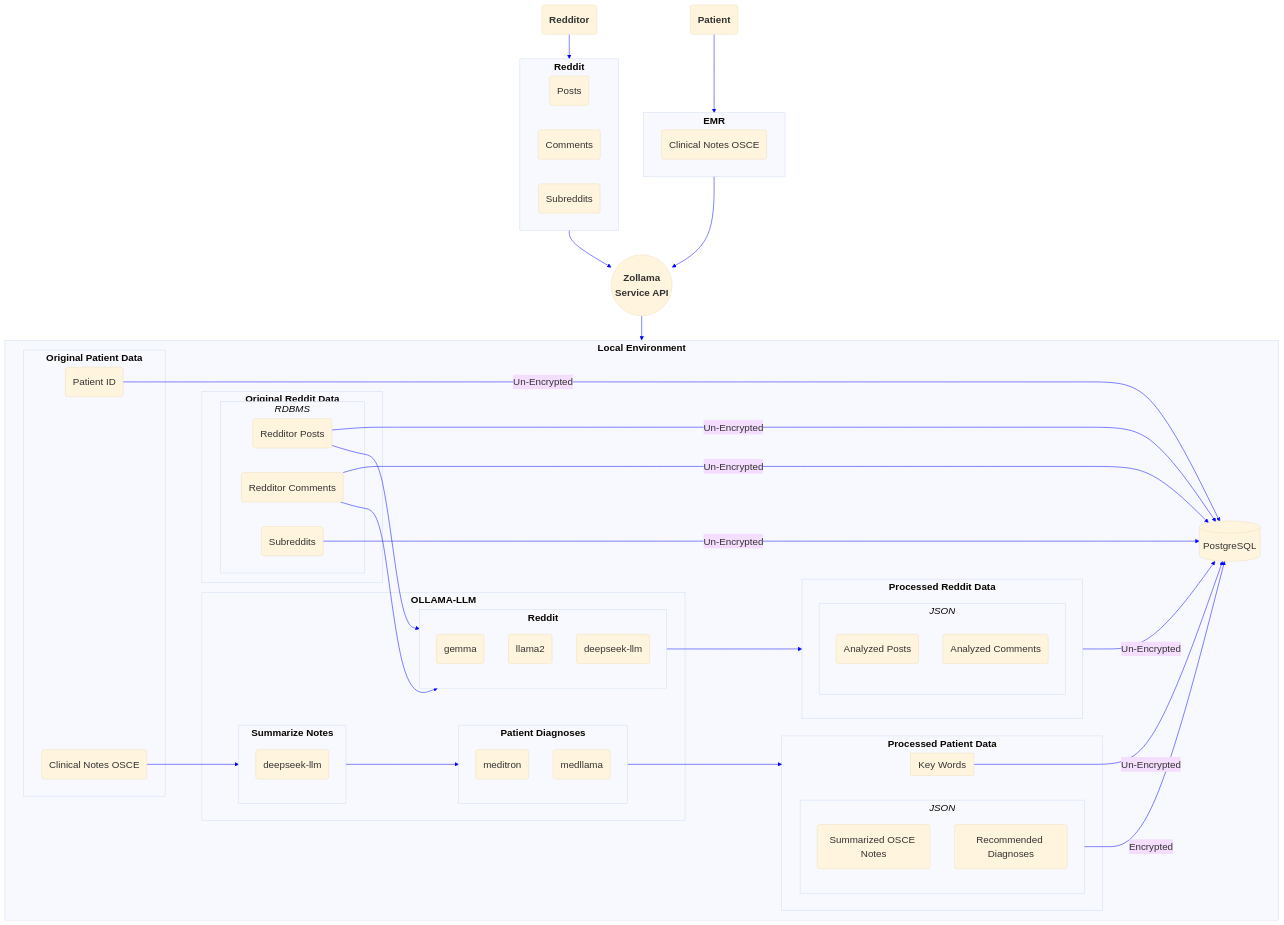
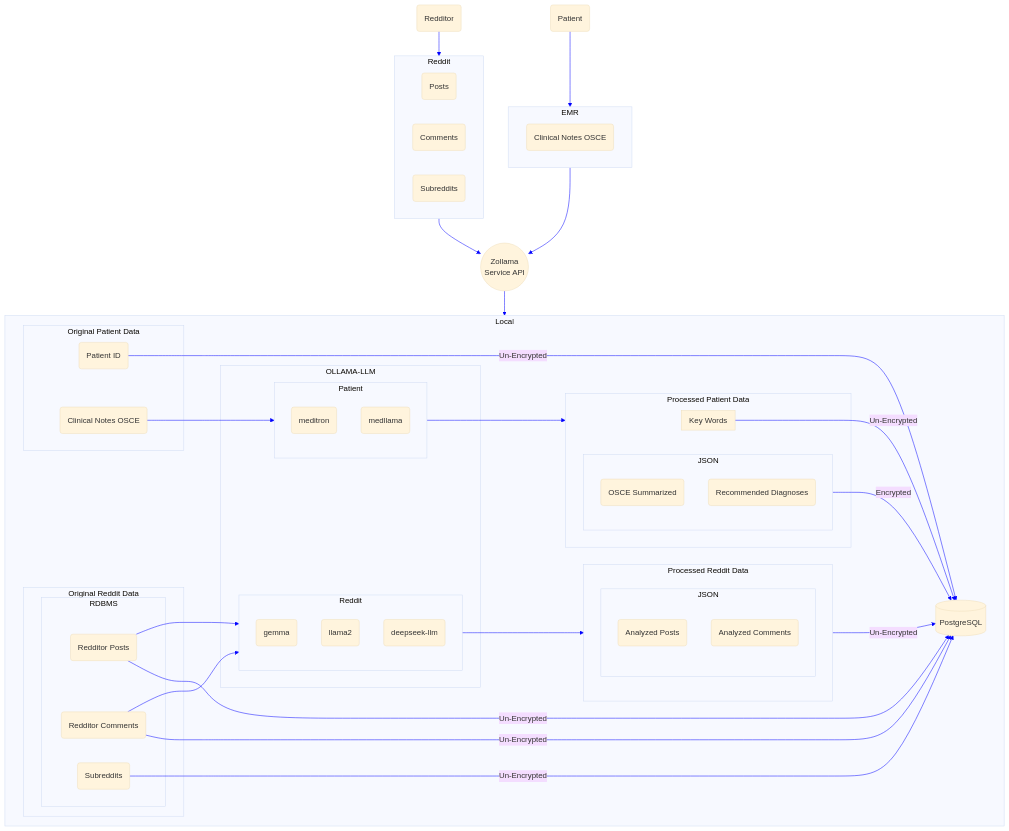
One commit to ovaisq/LLM-MedBillingForecast changed the first of 3 diagrams in README.md. Above: the diagram before and after it, drawn with Mermaid. The commit also changed other lines of this file and 1 other file, not shown here.

Commit message:
minor refactor - preparing for a multi-tenant foundation

````diff
--- a/README.md
+++ b/README.md
@@ -5,18 +5,15 @@
 ```mermaid
----
-displayMode : compact
----
-%%{init: {'theme': 'base', 'themeVariables': {'lineColor': 'Blue', 'fontSize':'20px',"fontFamily": "Trebuchet MS, Verdana, Arial, Sans-Serif"}}}%%
+%%{init: {'theme': 'base', 'themeVariables': {'lineColor': 'Blue'}}}%%
 flowchart TD
-Z(("`**Zollama
-Service API**`"))
+Z((Zollama
+Service API))
 A(gemma)
 AZA(llama2)
 AZB(deepseek-llm)
 B(meditron)
 BA(medllama)
-C("`**Patient**`")
-F("`**Redditor**`")
+C(Patient)
+F(Redditor)
 D[(PostgreSQL)]
 AE(Posts)
 AF(Comments)
@@ -28,8 +25,7 @@
 Z --> Local
 F --> Reddit
 
-subgraph Local["`**Local Environment**`"]
-
+subgraph Local
 PatientOllama --> ProcessedPatientData
 RedditOllama --> ProcessedRedditData
 PJSON -- Encrypted --> D
@@ -40,57 +36,53 @@
 RDD --"Un-Encrypted"--> D
 RDE --"Un-Encrypted"--> D
 RDC --"Un-Encrypted"--> D
-OPDA --> Summary
-Summary --> PatientOllama
+OPDA --> PatientOllama
 OPDB -- "Un-Encrypted" --> D
 DiagnosticKeyWords -- "Un-Encrypted" --> D
 
-subgraph OriginalPatientData["`**Original Patient Data**`"]
+subgraph OriginalPatientData["Original Patient Data"]
 OPDA(Clinical Notes OSCE)
 OPDB(Patient ID)
 end
-subgraph RedditData["`**Original Reddit Data**`"]
-subgraph RDBMS["`_RDBMS_`"]
+subgraph RedditData["Original Reddit Data"]
+subgraph RDBMS
 RDD(Redditor Posts)
 RDE(Redditor Comments)
 RDC(Subreddits)
 end
 end
 
-subgraph OLLAMA-LLM["`**OLLAMA-LLM**`"]
+subgraph OLLAMA-LLM
 
-subgraph RedditOllama["`**Reddit**`"]
+subgraph RedditOllama["Reddit"]
 A
 AZA
 AZB
 end
-subgraph Summary["`**Summarize Notes**`" ]
-SA(deepseek-llm)
-end
-subgraph PatientOllama["`**Patient Diagnoses**`"]
+subgraph PatientOllama["Patient"]
 B
 BA
 end
 end
-subgraph ProcessedPatientData["`**Processed Patient Data**`"]
-subgraph PJSON["`_JSON_`"]
-PDB(Summarized OSCE Notes)
+subgraph ProcessedPatientData["Processed Patient Data"]
+subgraph PJSON["JSON"]
+PDB(OSCE Summarized)
 PDC(Recommended Diagnoses)
 end
 subgraph DiagnosticKeyWords["Key Words"]
 end
 end
-subgraph ProcessedRedditData["`**Processed Reddit Data**`"]
-subgraph JSON["`_JSON_`"]
+subgraph ProcessedRedditData["Processed Reddit Data"]
+subgraph JSON
 RDA(Analyzed Posts)
 RDB(Analyzed Comments)
 end
 end
 end
-subgraph EMR["`**EMR**`"]
+subgraph EMR
 CAC
 end
-subgraph Reddit["`**Reddit**`"]
+subgraph Reddit
 AE
 AF
 AG
````
